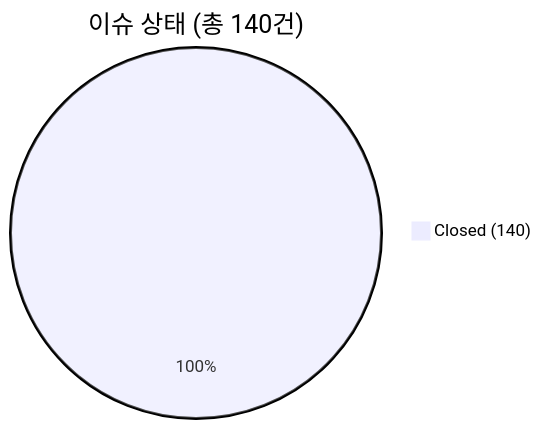
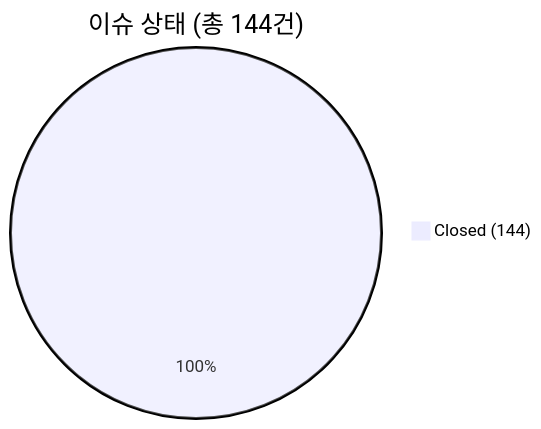
One commit to holee9/MD-process changed the first of 3 diagrams in README.md. Above: the diagram before and after it, drawn with Mermaid. The commit also changed other lines of this file, not shown here.

````diff
--- a/README.md
+++ b/README.md
@@ -129,4 +129,4 @@
 ```mermaid
-pie title 이슈 상태 (총 140건)
-    "Closed (140)" : 140
+pie title 이슈 상태 (총 144건)
+    "Closed (144)" : 144
 ```
````
